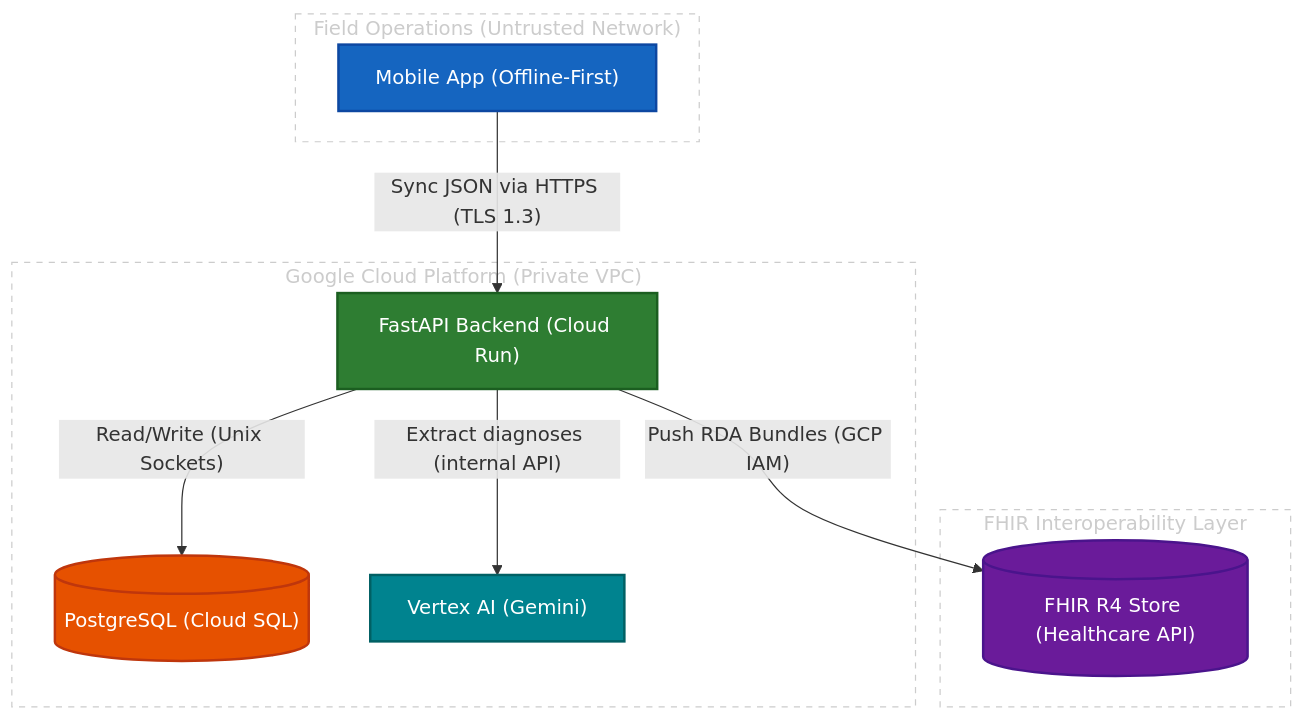
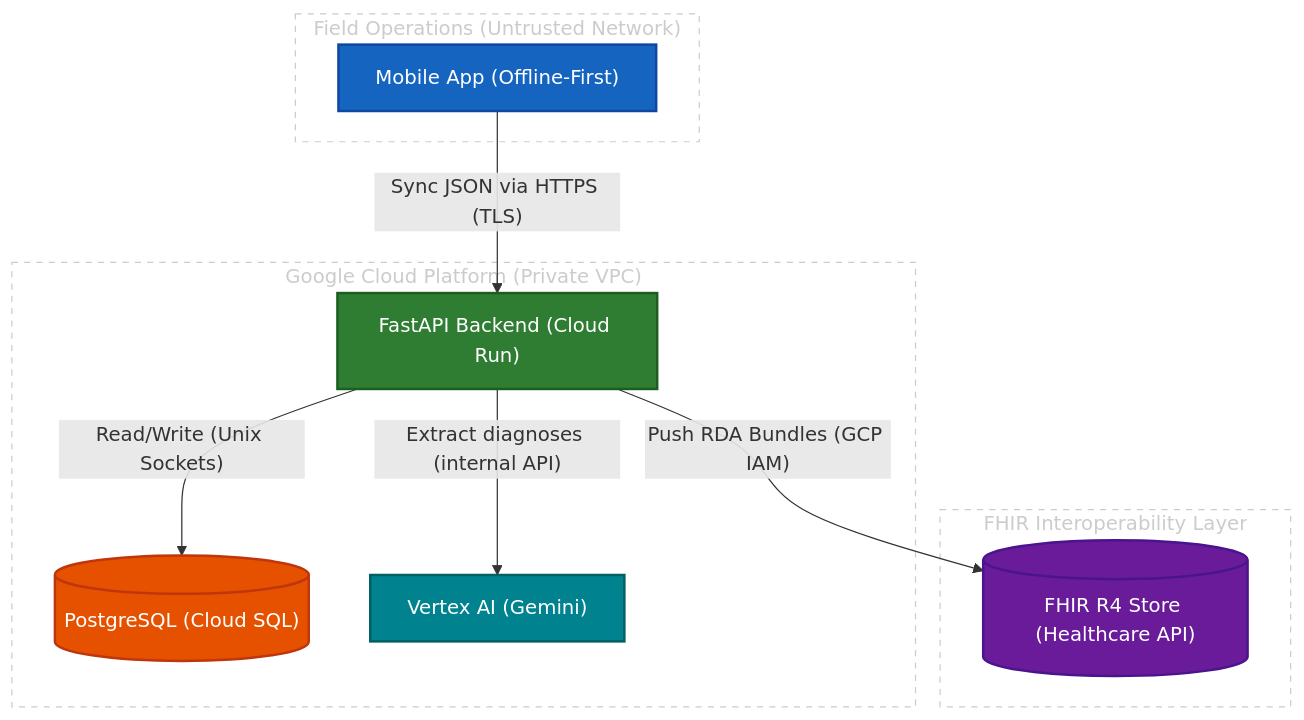
The diagram in docs/infrastructure/security.md (guane-hwb/health-without-borders), drawn with Mermaid before and after one commit. The commit also changed other lines of this file and 2 other files, not shown here.

````diff
--- a/docs/infrastructure/security.md
+++ b/docs/infrastructure/security.md
@@ -130,30 +147,30 @@
 ```mermaid
 flowchart TD
     classDef mobile fill:#1565c0,stroke:#0d47a1,stroke-width:2px,color:white;
     classDef backend fill:#2e7d32,stroke:#1b5e20,stroke-width:2px,color:white;
     classDef database fill:#e65100,stroke:#bf360c,stroke-width:2px,color:white;
     classDef healthcare fill:#6a1b9a,stroke:#4a148c,stroke-width:2px,color:white;
     classDef ai fill:#00838f,stroke:#006064,stroke-width:2px,color:white;
 
     subgraph FieldZone ["Field Operations (Untrusted Network)"]
         style FieldZone fill:none,stroke:#ccc,stroke-width:1px,color:#ccc,stroke-dasharray: 5 5
         Tablet["Mobile App (Offline-First)"]:::mobile
     end
 
     subgraph GCPZone ["Google Cloud Platform (Private VPC)"]
         style GCPZone fill:none,stroke:#ccc,stroke-width:1px,color:#ccc,stroke-dasharray: 5 5
         API["FastAPI Backend (Cloud Run)"]:::backend
         DB[("PostgreSQL (Cloud SQL)")]:::database
         VertexAI["Vertex AI (Gemini)"]:::ai
     end
 
     subgraph FHIRZone ["FHIR Interoperability Layer"]
         style FHIRZone fill:none,stroke:#ccc,stroke-width:1px,color:#ccc,stroke-dasharray: 5 5
         FHIRStore[("FHIR R4 Store (Healthcare API)")]:::healthcare
     end
 
-    Tablet -- "Sync JSON via HTTPS (TLS 1.3)" --> API
+    Tablet -- "Sync JSON via HTTPS (TLS)" --> API
     API -- "Extract diagnoses (internal API)" --> VertexAI
     API -- "Read/Write (Unix Sockets)" --> DB
     API -- "Push RDA Bundles (GCP IAM)" --> FHIRStore
 ```
````
